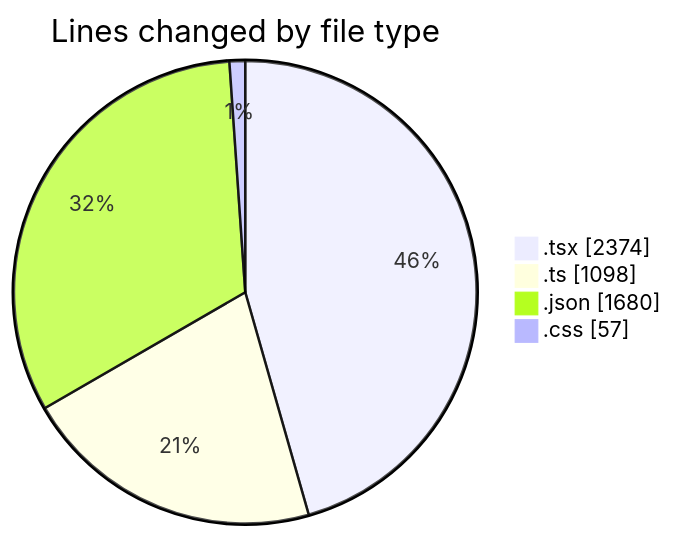
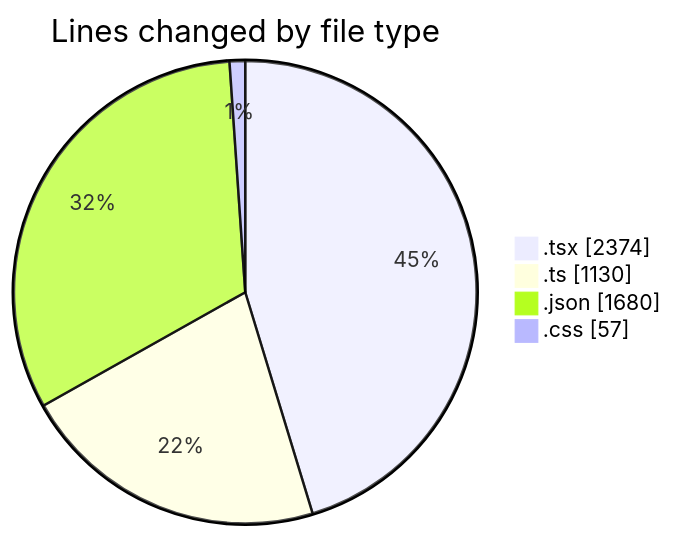
Before and after one commit to julien-gomy/code-tracking: the first of 2 diagrams in 2025-10-09/eventscop-frontend-guide__workspace_/README.md, drawn with Mermaid. The commit also changed other lines of this file and 1 other file, not shown here.

````diff
--- a/2025-10-09/eventscop-frontend-guide__workspace_/README.md
+++ b/2025-10-09/eventscop-frontend-guide__workspace_/README.md
@@ -44,8 +44,8 @@
 ```mermaid
 pie showData
 title Lines changed by file type
 ".tsx" : 2374
-".ts" : 1098
+".ts" : 1130
 ".json" : 1680
 ".css" : 57
 ```
````
